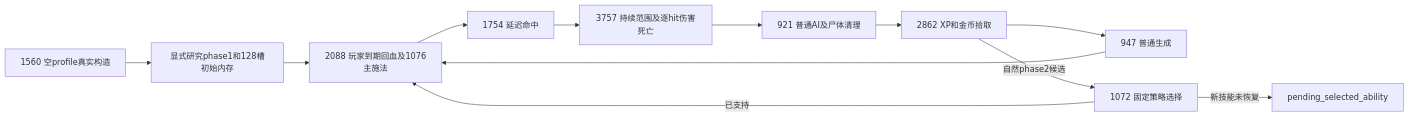
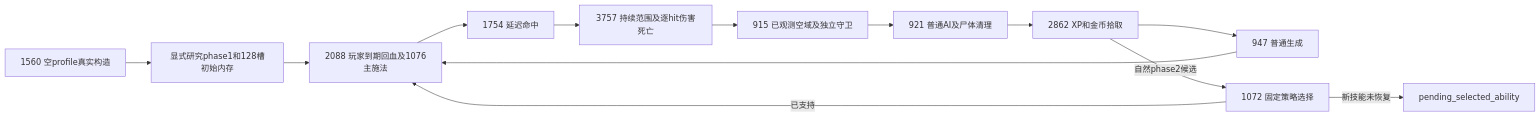
One commit to al90slj23/azeroth-ports changed the first of 4 diagrams in reverse-engineering/CORE_MAP.md. Above: the diagram before and after it, drawn with Mermaid. The commit also changed other lines of this file and 46 other files, not shown here.

````diff
--- a/reverse-engineering/CORE_MAP.md
+++ b/reverse-engineering/CORE_MAP.md
@@ -13,14 +13,15 @@
 ```mermaid
 flowchart LR
     Init[1560 空profile真实构造] --> Boundary[显式研究phase1和128槽初始内存]
     Boundary --> Player[2088 玩家到期回血及1076主施法]
     Player --> Hits[1754 延迟命中]
     Hits --> Area[3757 持续范围及逐hit伤害死亡]
-    Area --> AI[921 普通AI及尸体清理]
+    Area --> Effects[915 已观测空域及独立守卫]
+    Effects --> AI[921 普通AI及尸体清理]
     AI --> Pickup[2862 XP和金币拾取]
     Pickup --> Spawn[947 普通生成]
     Spawn --> Player
     Pickup -->|自然phase2候选| Select[1072 固定策略选择]
     Select -->|已支持| Player
     Select -->|新技能未恢复| Pending[pending_selected_ability]
 ```
````
